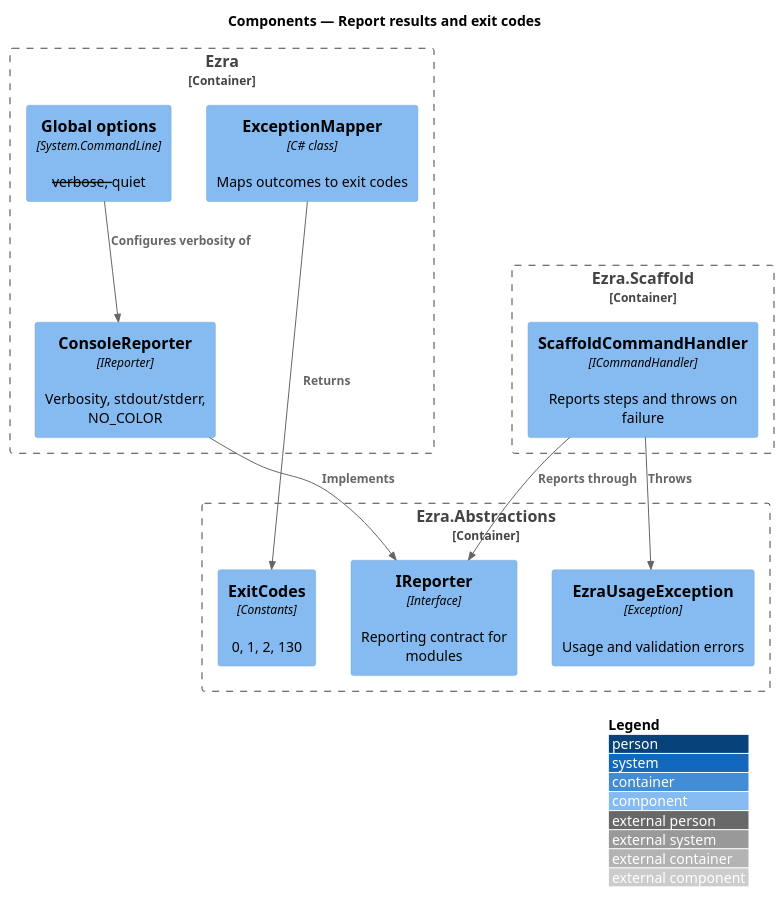
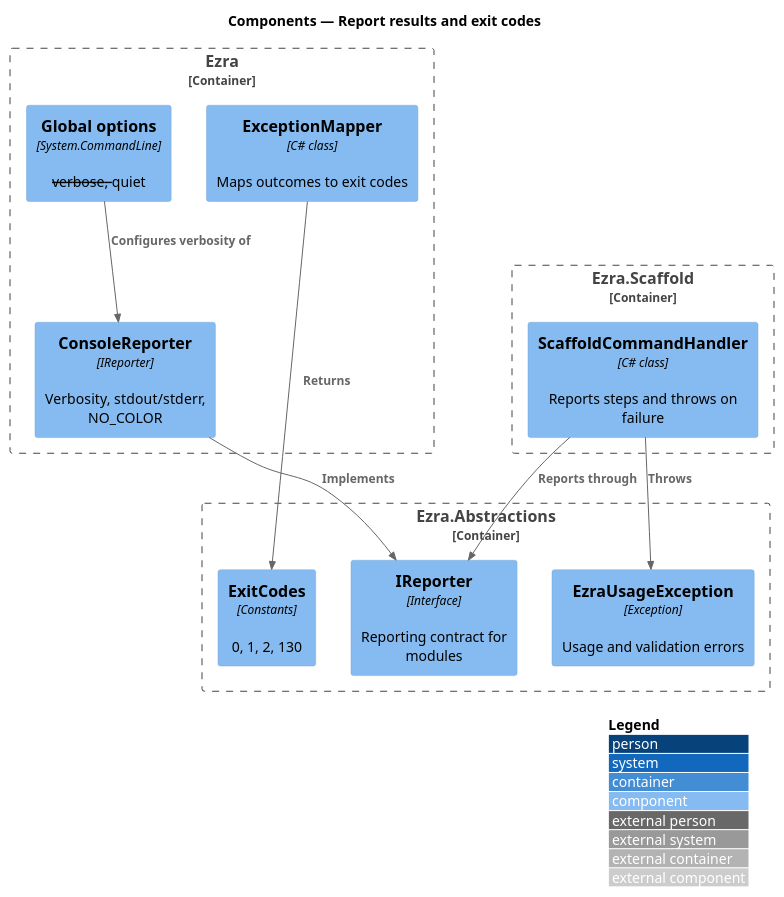
One commit to QuinntyneBrown/ezra changed the diagram in docs/detailed-designs/cli-host/report-results/diagrams/c4-component.puml. Above: the diagram before and after it, drawn with PlantUML. The commit also changed 26 other files, not shown here.

```diff
--- a/docs/detailed-designs/cli-host/report-results/diagrams/c4-component.puml
+++ b/docs/detailed-designs/cli-host/report-results/diagrams/c4-component.puml
@@ -1,24 +1,24 @@
 @startuml
 !include <C4/C4_Component>
 LAYOUT_WITH_LEGEND()
 title Components — Report results and exit codes
 
 Container_Boundary(host, "Ezra") {
   Component(mapper, "ExceptionMapper", "C# class", "Maps outcomes to exit codes")
   Component(reporter, "ConsoleReporter", "IReporter", "Verbosity, stdout/stderr, NO_COLOR")
   Component(globals, "Global options", "System.CommandLine", "--verbose, --quiet")
 }
 Container_Boundary(abs, "Ezra.Abstractions") {
   Component(ireporter, "IReporter", "Interface", "Reporting contract for modules")
   Component(codes, "ExitCodes", "Constants", "0, 1, 2, 130")
   Component(usage, "EzraUsageException", "Exception", "Usage and validation errors")
 }
 Container_Boundary(scaffold, "Ezra.Scaffold") {
-  Component(handler, "ScaffoldCommandHandler", "ICommandHandler", "Reports steps and throws on failure")
+  Component(handler, "ScaffoldCommandHandler", "C# class", "Reports steps and throws on failure")
 }
 Rel(handler, ireporter, "Reports through")
 Rel(handler, usage, "Throws")
 Rel(mapper, codes, "Returns")
 Rel(reporter, ireporter, "Implements")
 Rel(globals, reporter, "Configures verbosity of")
 @enduml
```
